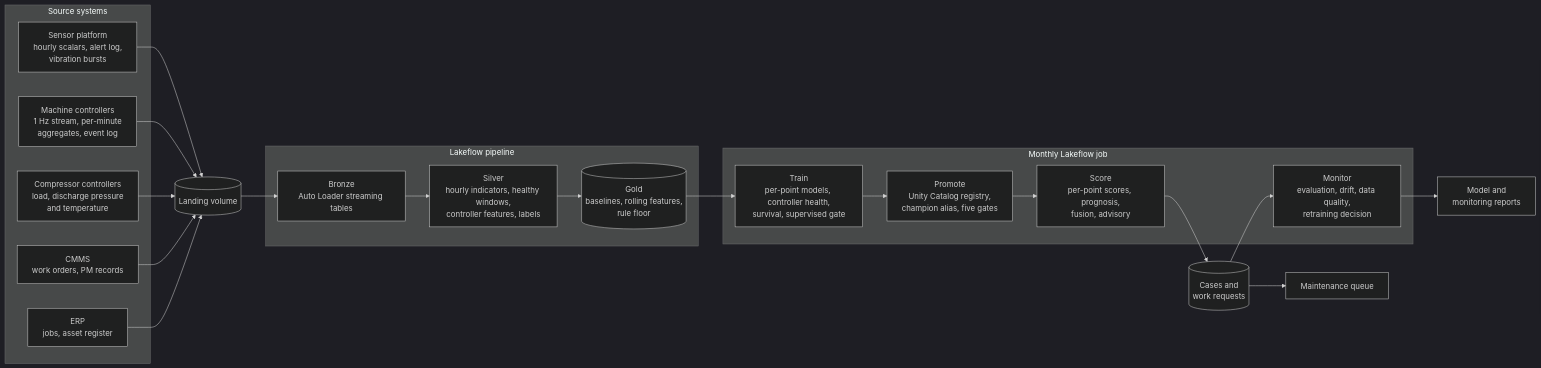
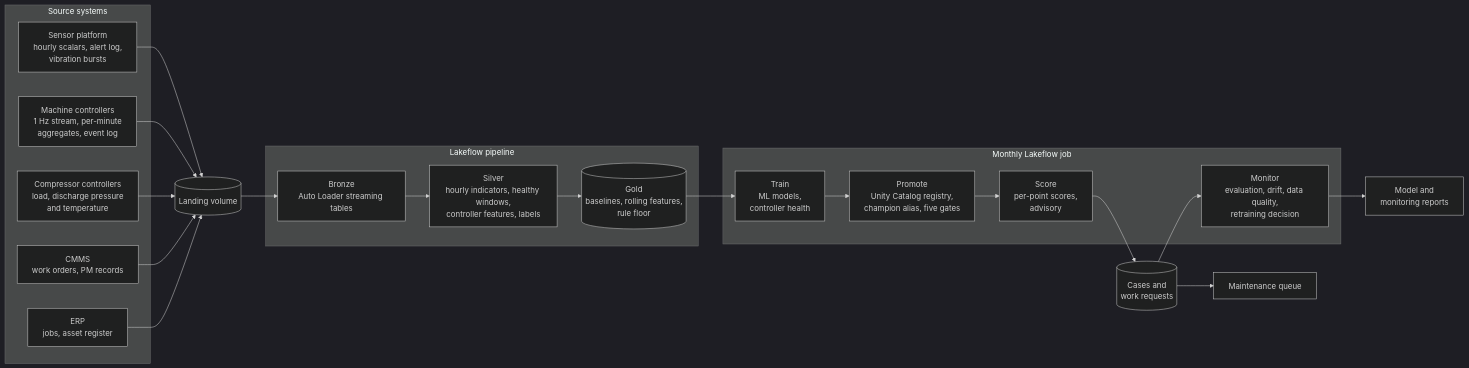
Before and after one commit to bmdvs/predictive-maintenance-ml: the diagram in README.md, drawn with Mermaid (dark theme). The commit also changed other lines of this file and 24 other files, not shown here.

First line of the commit message:
Checkpoint (d): remove survival, supervised gate, prognosis, fusion and the old model report module; stop generating the README

````diff
--- a/README.md
+++ b/README.md
@@ -98,33 +97,33 @@
 ```mermaid
 flowchart LR
   subgraph SRC["Source systems"]
     SP["Sensor platform<br/>hourly scalars, alert log,<br/>vibration bursts"]
     CNC["Machine controllers<br/>1 Hz stream, per-minute<br/>aggregates, event log"]
     CMPC["Compressor controllers<br/>load, discharge pressure<br/>and temperature"]
     CMMS["CMMS<br/>work orders, PM records"]
     ERP["ERP<br/>jobs, asset register"]
   end
   subgraph PIPE["Lakeflow pipeline"]
     BRZ["Bronze<br/>Auto Loader streaming tables"]
     SLV["Silver<br/>hourly indicators, healthy windows,<br/>controller features, labels"]
     GLD[("Gold<br/>baselines, rolling features,<br/>rule floor")]
   end
   subgraph JOB["Monthly Lakeflow job"]
-    TRAIN["Train<br/>per-point models, controller health,<br/>survival, supervised gate"]
+    TRAIN["Train<br/>ML models,<br/>controller health"]
     PROM["Promote<br/>Unity Catalog registry,<br/>champion alias, five gates"]
-    SCORE["Score<br/>per-point scores, prognosis,<br/>fusion, advisory"]
+    SCORE["Score<br/>per-point scores,<br/>advisory"]
     MON["Monitor<br/>evaluation, drift, data quality,<br/>retraining decision"]
   end
   SP --> LAND
   CNC --> LAND
   CMPC --> LAND
   CMMS --> LAND
   ERP --> LAND
   LAND[("Landing volume")] --> BRZ
   BRZ --> SLV --> GLD
   GLD --> TRAIN --> PROM --> SCORE
   SCORE --> CASES[("Cases and<br/>work requests")]
   CASES --> MON
   CASES --> QUEUE["Maintenance queue"]
   MON --> REP["Model and<br/>monitoring reports"]
 ```
````
